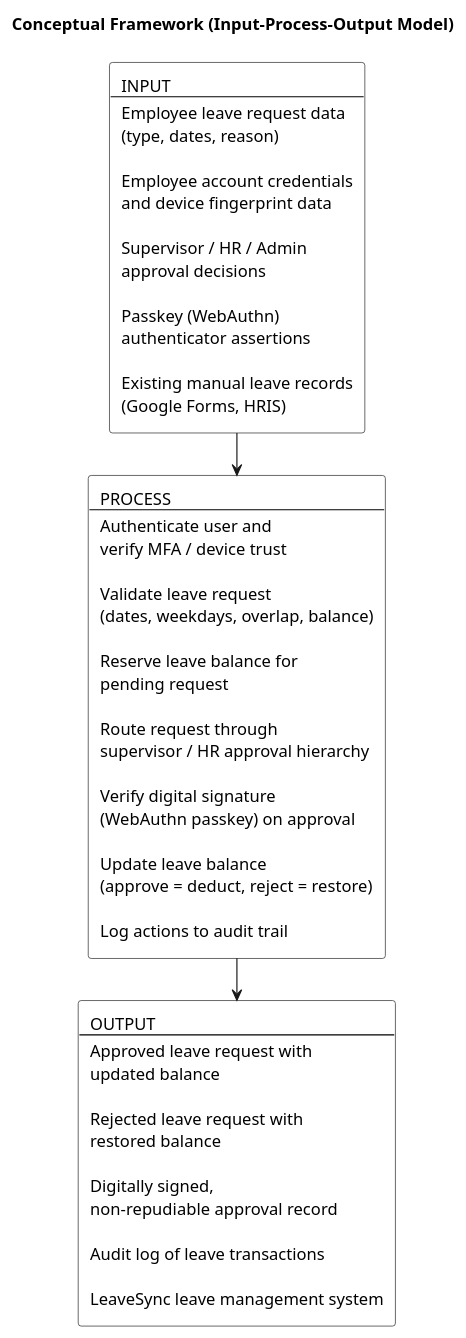
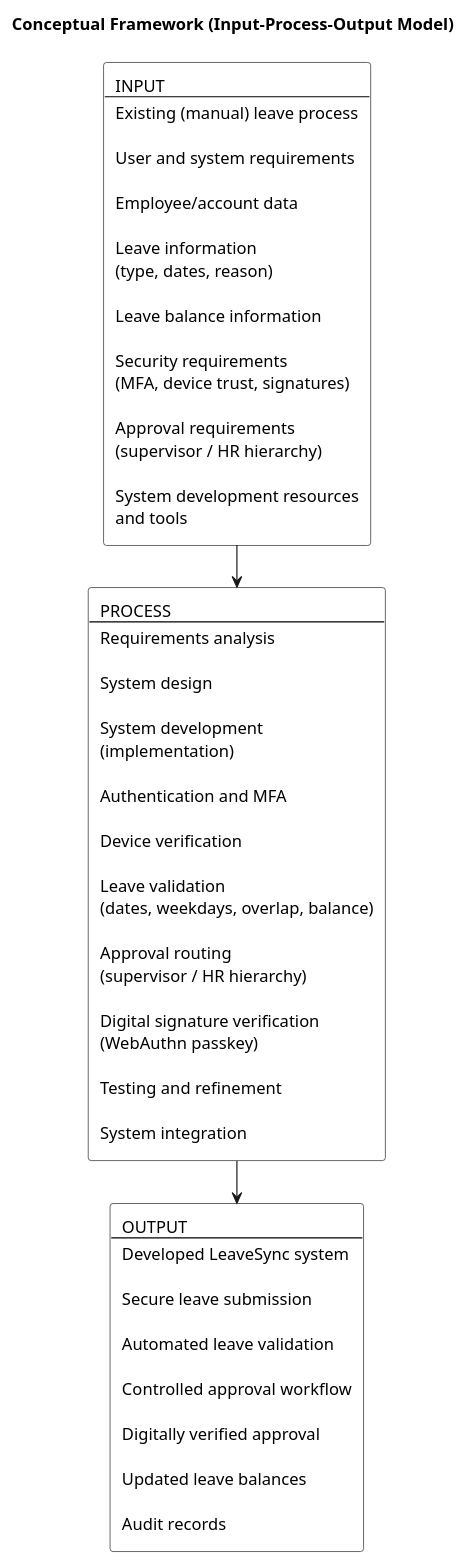
Before and after one commit to jjurencastro/leavesync: the diagram in docs/diagrams/conceptual_framework.puml, drawn with PlantUML. The commit also changed 40 other files, not shown here.

```diff
--- a/docs/diagrams/conceptual_framework.puml
+++ b/docs/diagrams/conceptual_framework.puml
@@ -1,18 +1,18 @@
 @startuml
 !pragma layout smetana
 title Conceptual Framework (Input-Process-Output Model)
 
 skinparam rectangle {
   BackgroundColor White
   BorderColor Black
 }
 
-rectangle "INPUT\n----\nEmployee leave request data\n(type, dates, reason)\n\nEmployee account credentials\nand device fingerprint data\n\nSupervisor / HR / Admin\napproval decisions\n\nPasskey (WebAuthn)\nauthenticator assertions\n\nExisting manual leave records\n(Google Forms, HRIS)" as INPUT
+rectangle "INPUT\n----\nExisting (manual) leave process\n\nUser and system requirements\n\nEmployee/account data\n\nLeave information\n(type, dates, reason)\n\nLeave balance information\n\nSecurity requirements\n(MFA, device trust, signatures)\n\nApproval requirements\n(supervisor / HR hierarchy)\n\nSystem development resources\nand tools" as INPUT
 
-rectangle "PROCESS\n----\nAuthenticate user and\nverify MFA / device trust\n\nValidate leave request\n(dates, weekdays, overlap, balance)\n\nReserve leave balance for\npending request\n\nRoute request through\nsupervisor / HR approval hierarchy\n\nVerify digital signature\n(WebAuthn passkey) on approval\n\nUpdate leave balance\n(approve = deduct, reject = restore)\n\nLog actions to audit trail" as PROCESS
+rectangle "PROCESS\n----\nRequirements analysis\n\nSystem design\n\nSystem development\n(implementation)\n\nAuthentication and MFA\n\nDevice verification\n\nLeave validation\n(dates, weekdays, overlap, balance)\n\nApproval routing\n(supervisor / HR hierarchy)\n\nDigital signature verification\n(WebAuthn passkey)\n\nTesting and refinement\n\nSystem integration" as PROCESS
 
-rectangle "OUTPUT\n----\nApproved leave request with\nupdated balance\n\nRejected leave request with\nrestored balance\n\nDigitally signed,\nnon-repudiable approval record\n\nAudit log of leave transactions\n\nLeaveSync leave management system" as OUTPUT
+rectangle "OUTPUT\n----\nDeveloped LeaveSync system\n\nSecure leave submission\n\nAutomated leave validation\n\nControlled approval workflow\n\nDigitally verified approval\n\nUpdated leave balances\n\nAudit records" as OUTPUT
 
 INPUT -down-> PROCESS
 PROCESS -down-> OUTPUT
 @enduml
```
